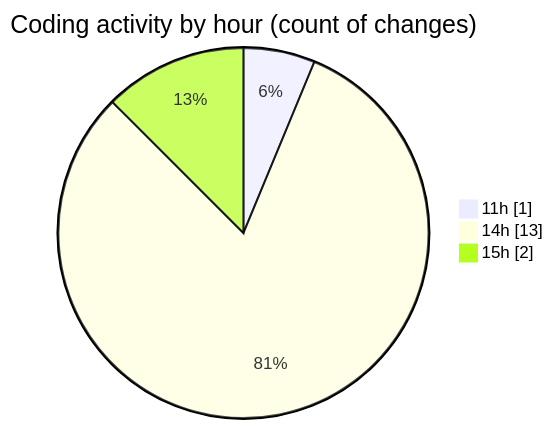
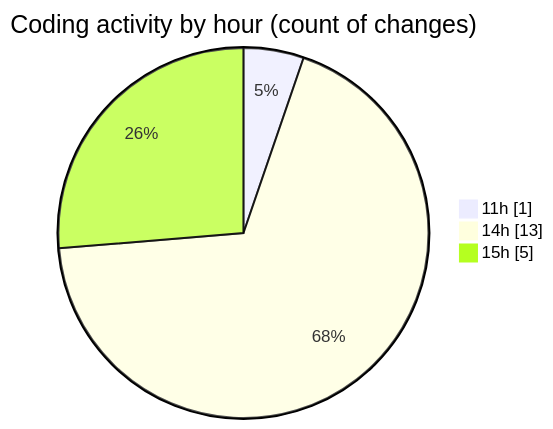
One commit to igalym/code-tracking changed the second of 2 diagrams in 2025-12-29/budget_front_nest/README.md. Above: the diagram before and after it, drawn with Mermaid. The commit also changed other lines of this file and 1 other file, not shown here.

````diff
--- a/2025-12-29/budget_front_nest/README.md
+++ b/2025-12-29/budget_front_nest/README.md
@@ -34,7 +34,7 @@
 ```mermaid
 pie showData
 title Coding activity by hour (count of changes)
 "11h" : 1
 "14h" : 13
-"15h" : 2
+"15h" : 5
 ```
````
